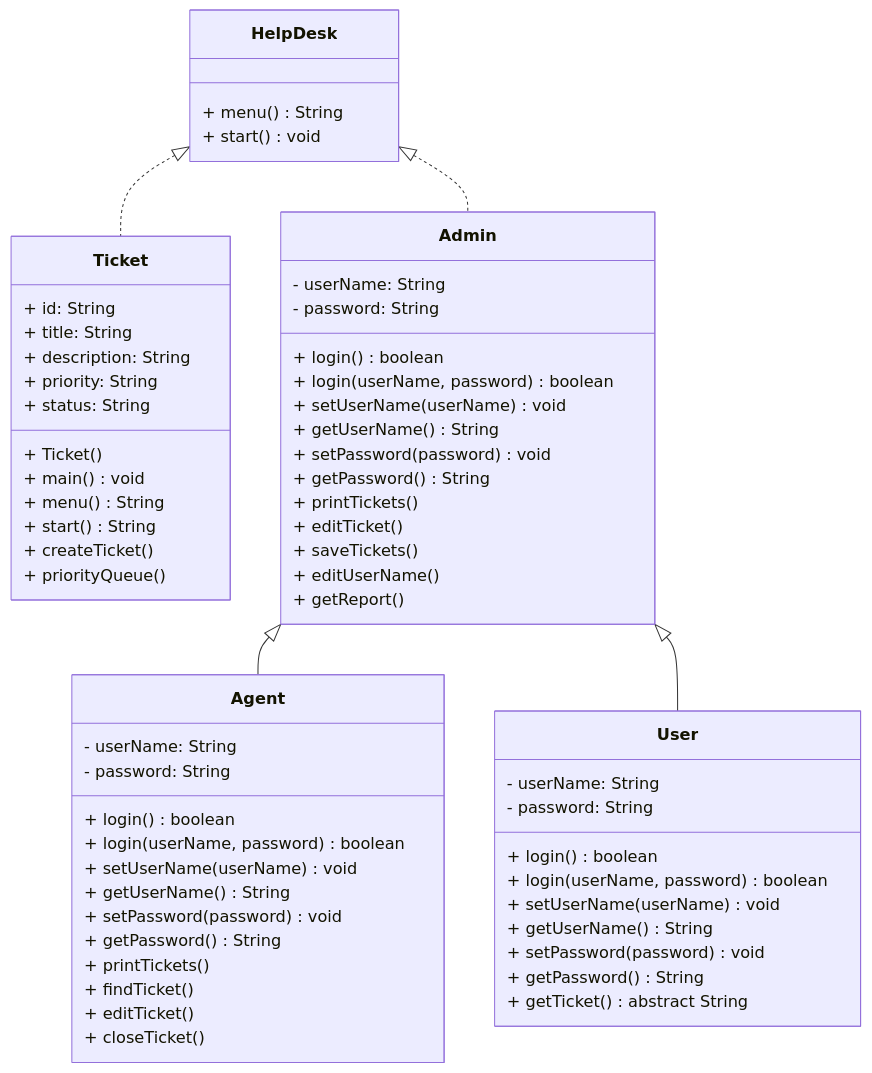
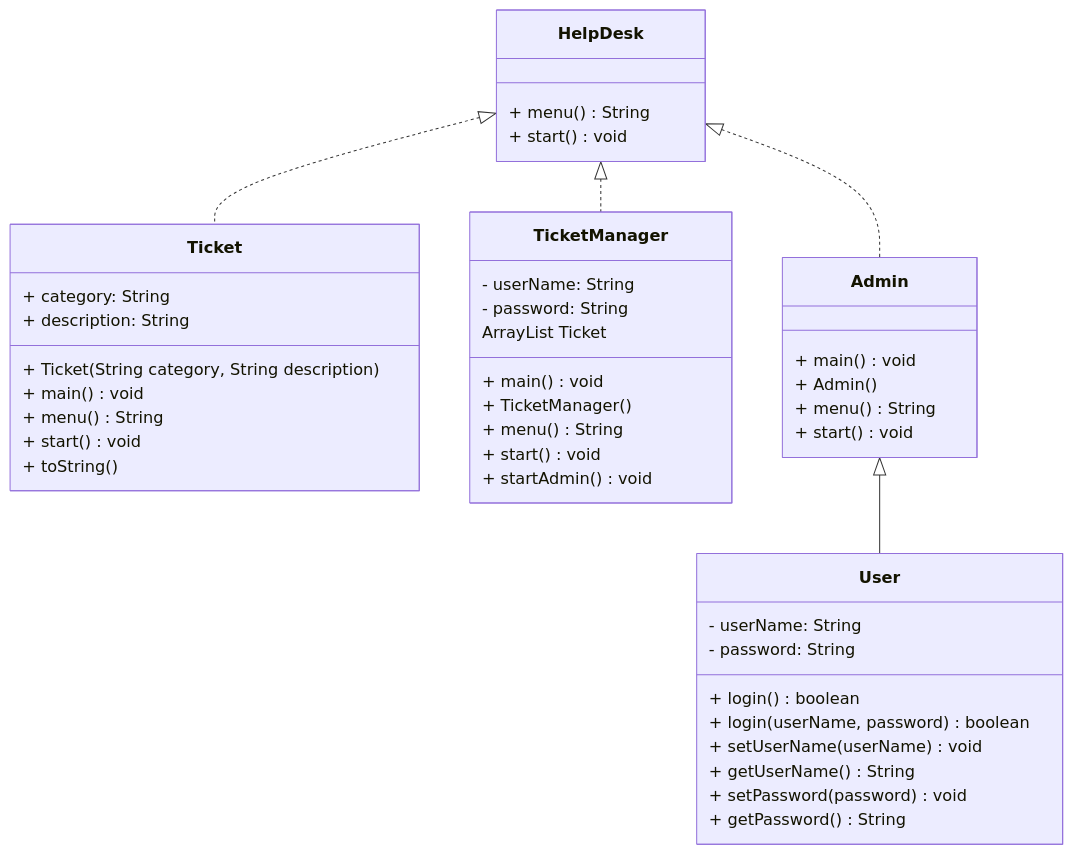
The diagram in README.md (jsanchez-codes/CS121-Final-Project), drawn with Mermaid before and after one commit.

Commit message:
Updated Project UML

````diff
--- a/README.md
+++ b/README.md
@@ -4,69 +4,51 @@
 ```mermaid
 classDiagram
 
 class Ticket{
-    + Ticket()
+    + Ticket(String category, String description)
     + main() void
     + menu() String
-    + start() String
-    + id: String
-    + title: String
+    + start() void
+    + category: String
     + description: String
-    + priority: String
-    + status: String
-    + createTicket()
-    + priorityQueue()
+    + toString()
 }
 
 class HelpDesk{
     + menu() String
     + start() void
 }
 
 class User{
     - userName: String
     - password: String
     + login() boolean
     + login (userName, password) boolean
     + setUserName(userName) void
     + getUserName() String
     + setPassword(password) void
     + getPassword() String
-    + getTicket() abstract String
 }
 
-class Agent{
+class TicketManager{
     - userName: String
     - password: String
-    + login() boolean
-    + login (userName, password) boolean
-    + setUserName(userName) void
-    + getUserName() String
-    + setPassword(password) void
-    + getPassword() String
-    + printTickets()
-    + findTicket()
-    + editTicket()
-    + closeTicket()
+    + main() void
+    + TicketManager()
+    + menu() String
+    + start() void
+    + startAdmin() void
+    ArrayList Ticket
 }
 
 class Admin{
-    - userName: String
-    - password: String
-    + login() boolean
-    + login (userName, password) boolean
-    + setUserName(userName) void
-    + getUserName() String
-    + setPassword(password) void
-    + getPassword() String
-    + printTickets()
-    + editTicket()
-    + saveTickets()
-    + editUserName()
-    + getReport()
+    + main() void
+    + Admin()
+    + menu() String
+    + start() void
 }
 HelpDesk <|.. Admin
 HelpDesk <|.. Ticket
-Admin <|-- Agent
+HelpDesk <|.. TicketManager
 Admin <|-- User
 ```
````
